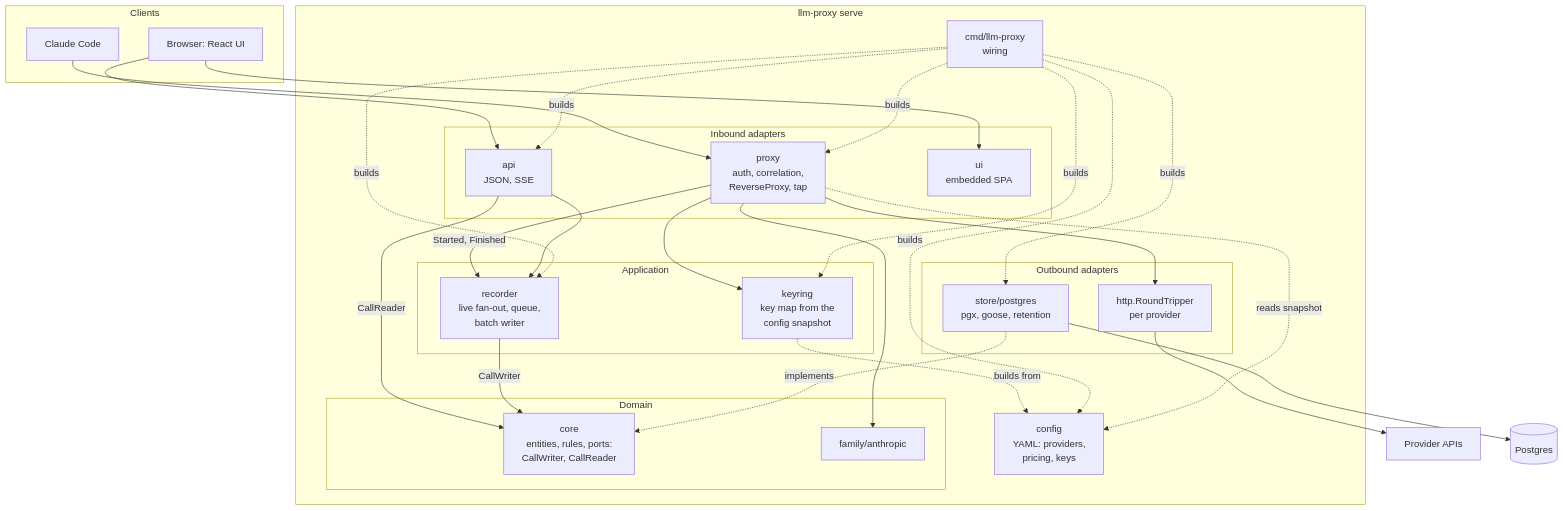
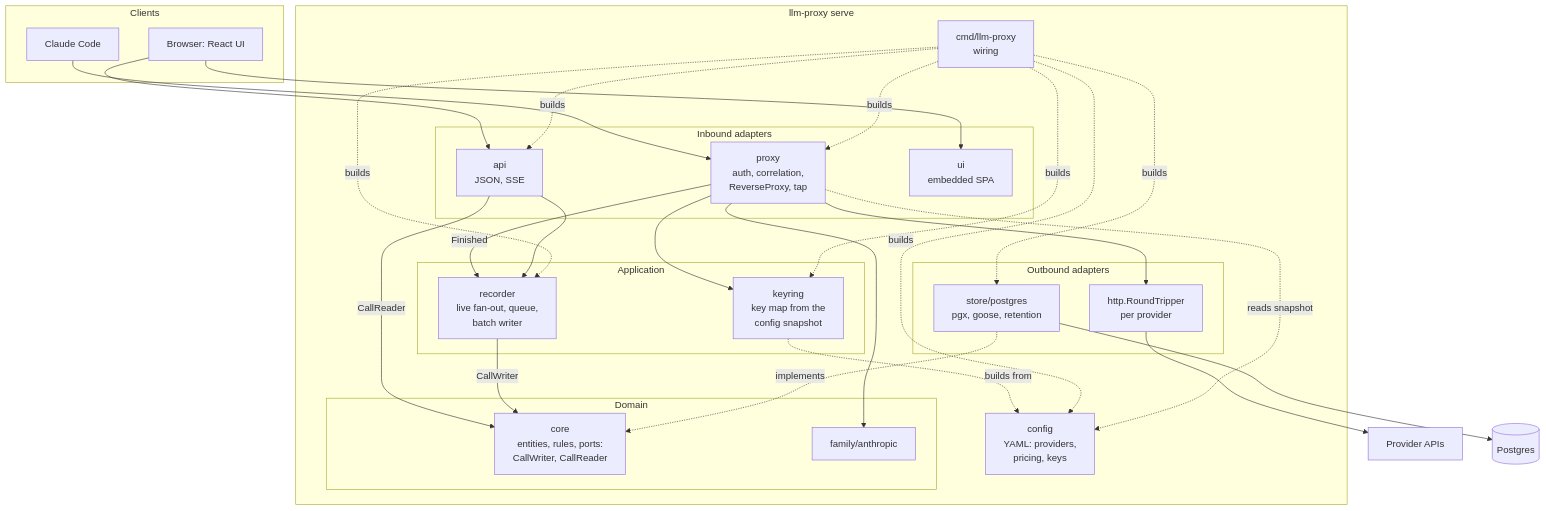
Before and after one commit to mtanzi/llm-proxy: the first of 3 diagrams in docs/architecture/backend.md, drawn with Mermaid. The commit also changed other lines of this file and 37 other files, not shown here.

````diff
--- a/docs/architecture/backend.md
+++ b/docs/architecture/backend.md
@@ -30,48 +30,48 @@
 ```mermaid
 flowchart TB
     subgraph clients[Clients]
         cc[Claude Code]
         br[Browser: React UI]
     end
 
     subgraph bin[llm-proxy serve]
         subgraph inbound[Inbound adapters]
             proxy["proxy<br/>auth, correlation,<br/>ReverseProxy, tap"]
             api["api<br/>JSON, SSE"]
             ui["ui<br/>embedded SPA"]
         end
         subgraph app[Application]
             keyring["keyring<br/>key map from the<br/>config snapshot"]
             recorder["recorder<br/>live fan-out, queue,<br/>batch writer"]
         end
         subgraph domain[Domain]
             core["core<br/>entities, rules, ports:<br/>CallWriter, CallReader"]
             fam["family/anthropic"]
         end
         subgraph outbound[Outbound adapters]
             pgs["store/postgres<br/>pgx, goose, retention"]
             rt["http.RoundTripper<br/>per provider"]
         end
         cfg["config<br/>YAML: providers,<br/>pricing, keys"]
         wiring["cmd/llm-proxy<br/>wiring"]
     end
 
     up[Provider APIs]
     pg[(Postgres)]
 
     cc --> proxy
     br --> ui
     br --> api
     proxy --> keyring
     proxy --> fam
-    proxy -->|Started, Finished| recorder
+    proxy -->|Finished| recorder
     proxy --> rt --> up
     api --> recorder
     api -->|CallReader| core
     recorder -->|CallWriter| core
     keyring -.builds from.-> cfg
     pgs -.implements.-> core
     pgs --> pg
     wiring -.builds.-> proxy & api & recorder & keyring & pgs & cfg
     proxy -.reads snapshot.-> cfg
 ```
````
